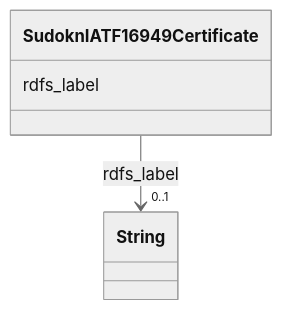
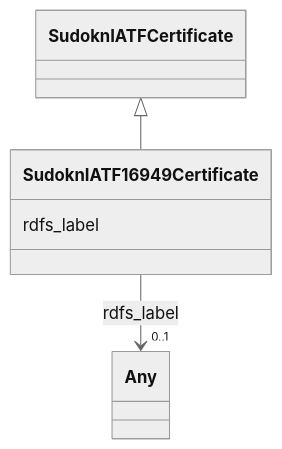
The diagram in sudokn-kg/classes/SudoknIATF16949Certificate.md (frink-okn/graph-descriptions), drawn with Mermaid (neutral theme) before and after one commit. The commit also changed other lines of this file and 903 other files, not shown here.

````diff
--- a/sudokn-kg/classes/SudoknIATF16949Certificate.md
+++ b/sudokn-kg/classes/SudoknIATF16949Certificate.md
@@ -23,15 +18,18 @@
 ```mermaid
  classDiagram
     class SudoknIATF16949Certificate
     click SudoknIATF16949Certificate href "../SudoknIATF16949Certificate"
+      SudoknIATFCertificate <|-- SudoknIATF16949Certificate
+        click SudoknIATFCertificate href "../SudoknIATFCertificate"
+      
       SudoknIATF16949Certificate : rdfs_label
         
           
     
     
-    SudoknIATF16949Certificate --> "0..1" String : rdfs_label
-    click String href "../String"
+    SudoknIATF16949Certificate --> "0..1" Any : rdfs_label
+    click Any href "../Any"
 
         
       
 ```
````
